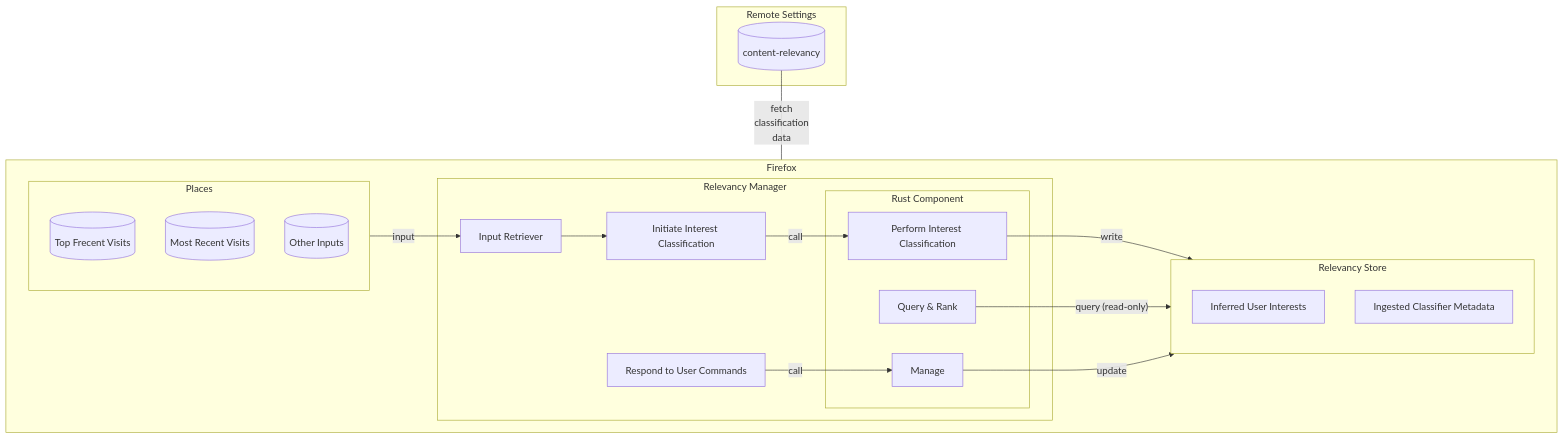
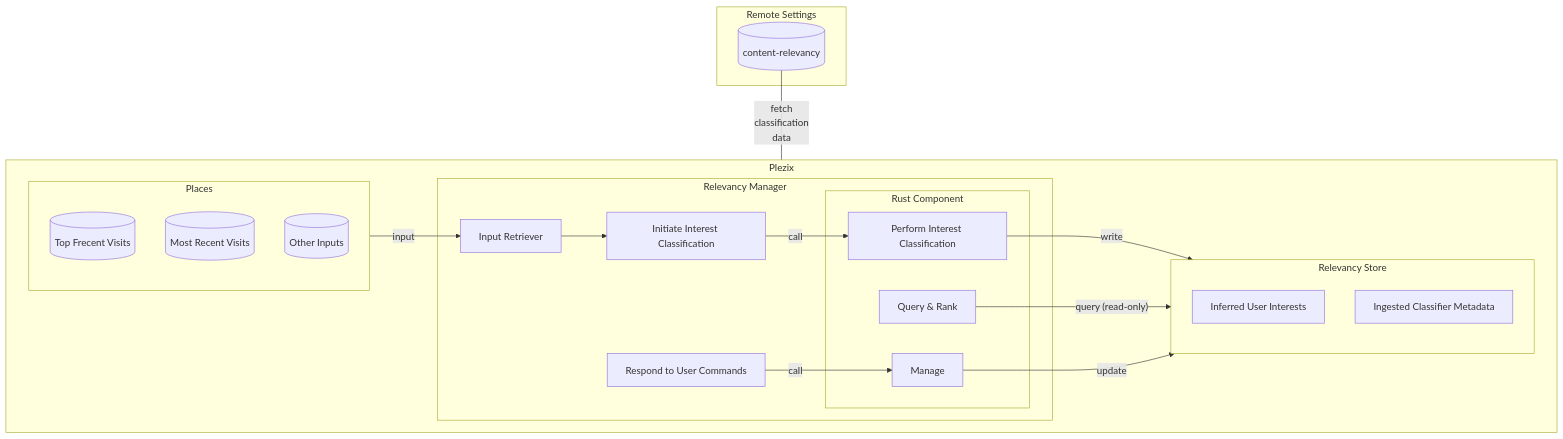
Before and after one commit to yoncola1/Plezix: the diagram in toolkit/components/contentrelevancy/docs/index.md, drawn with Mermaid. The commit also changed other lines of this file and 57780 other files, not shown here.

````diff
--- a/toolkit/components/contentrelevancy/docs/index.md
+++ b/toolkit/components/contentrelevancy/docs/index.md
@@ -22,41 +22,41 @@
 ```{mermaid}
 graph TB
-subgraph Firefox
+subgraph Plezix
   direction LR
   subgraph rmgr[Relevancy Manager]
     subgraph rcmp[Rust Component]
       classify[Perform Interest Classification]
       manage[Manage]
       query[Query & Rank]
     end
     iic[Initiate Interest Classification]
     rtuc[Respond to User Commands]
     irt[Input Retriever]
   end
 
   subgraph places[Places]
     direction TB
     tfv[(Top Frecent Visits)]
     mrv[(Most Recent Visits)]
     others[(Other Inputs)]
   end
 
   subgraph rstore[Relevancy Store]
     direction TB
     iui[Inferred User Interests]
     icm[Ingested Classifier Metadata]
   end
 end
 
 subgraph settings[Remote Settings]
   rs[("content-relevancy")]
 end
 
 iic --> |call| classify
 classify --> |write| rstore
 query --> |"query (read-only)"| rstore
 manage --> |update| rstore
 places --> |input| irt --> iic
 rs --- |fetch<br/> classification<br/> data| classify
 rtuc --> |call| manage
 ```
````
